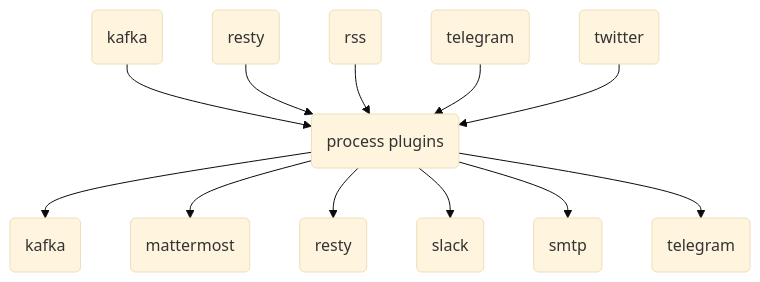
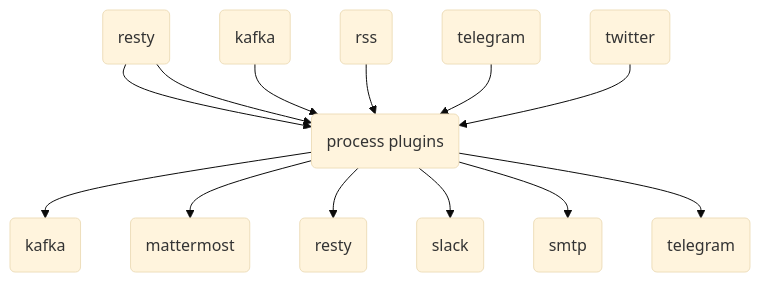
The diagram in README.md (livelace/gosquito), drawn with Mermaid (base theme) before and after one commit.

````diff
--- a/README.md
+++ b/README.md
@@ -7,14 +7,15 @@
 ```mermaid
 graph TD;
-    I1(kafka)-->P1(process plugins);
+    I2(io)-->P1(process plugins);
+    I1(kafka)-->P1;
     I2(resty)-->P1;
     I3(rss)-->P1;
     I4(telegram)-->P1;
     I5(twitter)-->P1;
     P1-->O1(kafka);
     P1-->O2(mattermost);
     P1-->O3(resty);
     P1-->O4(slack);
     P1-->O5(smtp);
     P1-->O6(telegram);
 ```
````
